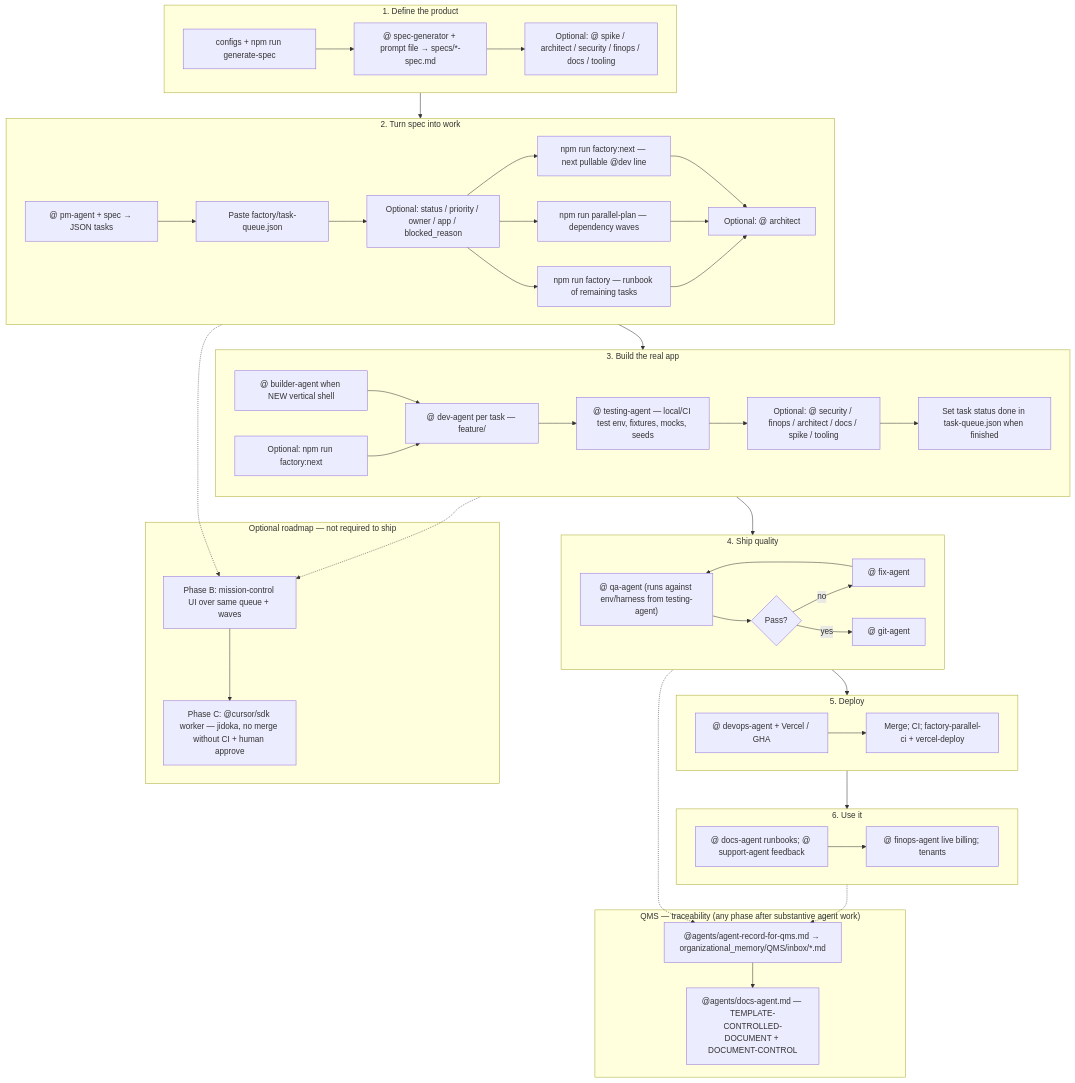
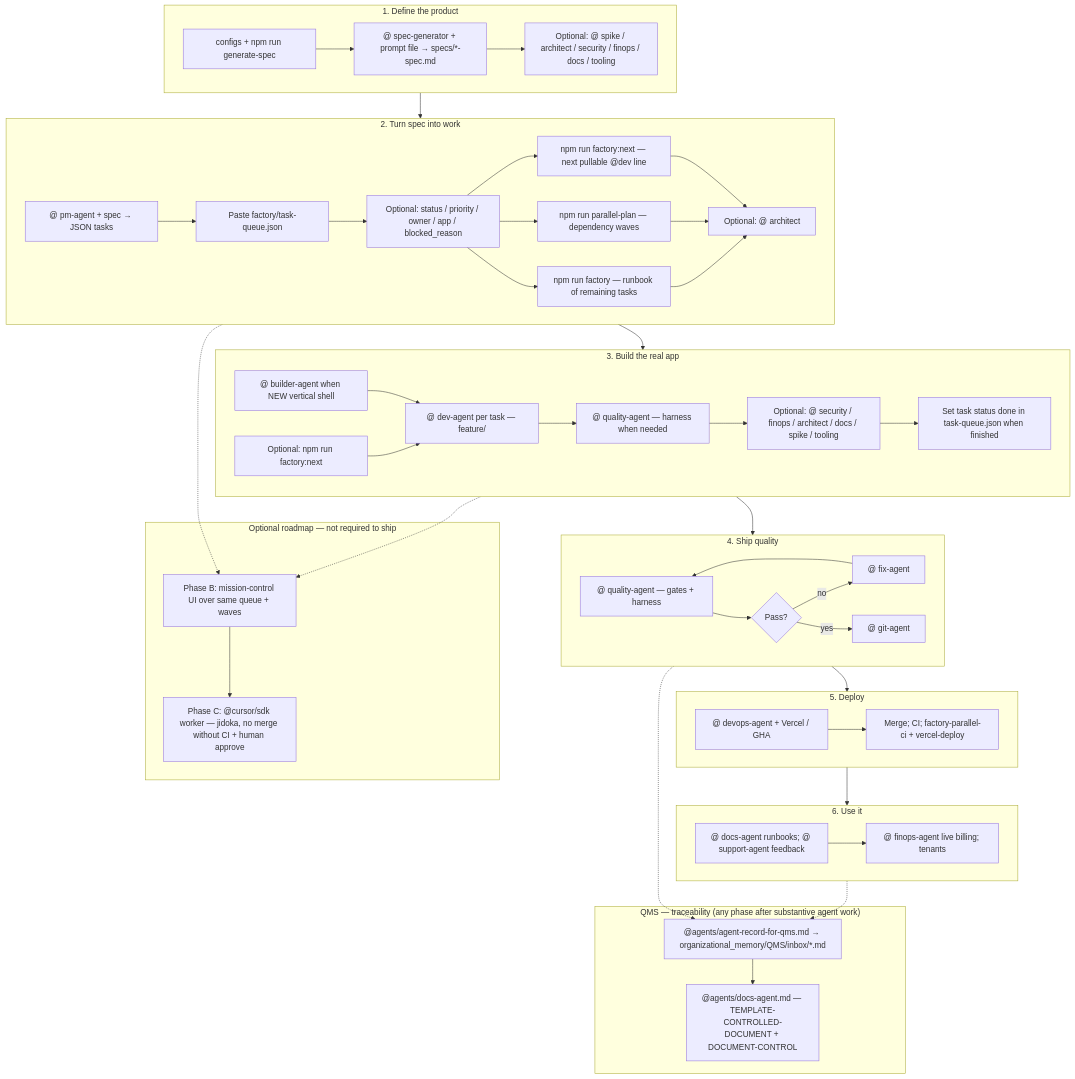
Before and after one commit to llanesleonardo/saas-factory: the second of 2 diagrams in organizational_memory/FACTORY-PROCESS.md, drawn with Mermaid. The commit also changed other lines of this file and 97 other files, not shown here.

First line of the commit message:
chore(factory): standardize agents and add registry/schemas

````diff
--- a/organizational_memory/FACTORY-PROCESS.md
+++ b/organizational_memory/FACTORY-PROCESS.md
@@ -108,77 +105,77 @@
 ```mermaid
 flowchart TB
   subgraph A["1. Define the product"]
     A1["configs + npm run generate-spec"]
     A2["@ spec-generator + prompt file → specs/*-spec.md"]
     A3["Optional: @ spike / architect / security / finops / docs / tooling"]
     A1 --> A2 --> A3
   end
 
   subgraph B["2. Turn spec into work"]
     B1["@ pm-agent + spec → JSON tasks"]
     B2["Paste factory/task-queue.json"]
     B2a["Optional: status / priority / owner / app / blocked_reason"]
     B3["npm run factory:next — next pullable @dev line"]
     B4["npm run parallel-plan — dependency waves"]
     B5["npm run factory — runbook of remaining tasks"]
     B6["Optional: @ architect"]
     B1 --> B2 --> B2a --> B3
     B2a --> B4
     B2a --> B5
     B3 --> B6
     B4 --> B6
     B5 --> B6
   end
 
   subgraph C["3. Build the real app"]
     C0["@ builder-agent when NEW vertical shell"]
     C0a["Optional: npm run factory:next"]
     C1["@ dev-agent per task — feature/<task-id>"]
-    C1b["@ testing-agent — local/CI test env, fixtures, mocks, seeds"]
+    C1b["@ quality-agent — harness when needed"]
     C2["Optional: @ security / finops / architect / docs / spike / tooling"]
     C3["Set task status done in task-queue.json when finished"]
     C0 --> C1
     C0a --> C1
     C1 --> C1b --> C2 --> C3
   end
 
   subgraph D["4. Ship quality"]
-    D1["@ qa-agent (runs against env/harness from testing-agent)"]
+    D1["@ quality-agent — gates + harness"]
     D2{"Pass?"}
     D3["@ fix-agent"]
     D4["@ git-agent"]
     D1 --> D2
     D2 -->|no| D3 --> D1
     D2 -->|yes| D4
   end
 
   subgraph E["5. Deploy"]
     E1["@ devops-agent + Vercel / GHA"]
     E2["Merge; CI; factory-parallel-ci + vercel-deploy"]
     E1 --> E2
   end
 
   subgraph F["6. Use it"]
     F1["@ docs-agent runbooks; @ support-agent feedback"]
     F2["@ finops-agent live billing; tenants"]
     F1 --> F2
   end
 
   subgraph K["QMS — traceability (any phase after substantive agent work)"]
     K1["@agents/agent-record-for-qms.md → organizational_memory/QMS/inbox/*.md"]
     K2["@agents/docs-agent.md — TEMPLATE-CONTROLLED-DOCUMENT + DOCUMENT-CONTROL"]
     K1 --> K2
   end
 
   subgraph R["Optional roadmap — not required to ship"]
     R1["Phase B: mission-control UI over same queue + waves"]
     R2["Phase C: @cursor/sdk worker — jidoka, no merge without CI + human approve"]
     R1 --> R2
   end
 
   A --> B --> C --> D --> E --> F
   D -.-> K1
   F -.-> K1
   B -.-> R1
   C -.-> R1
 ```
````
